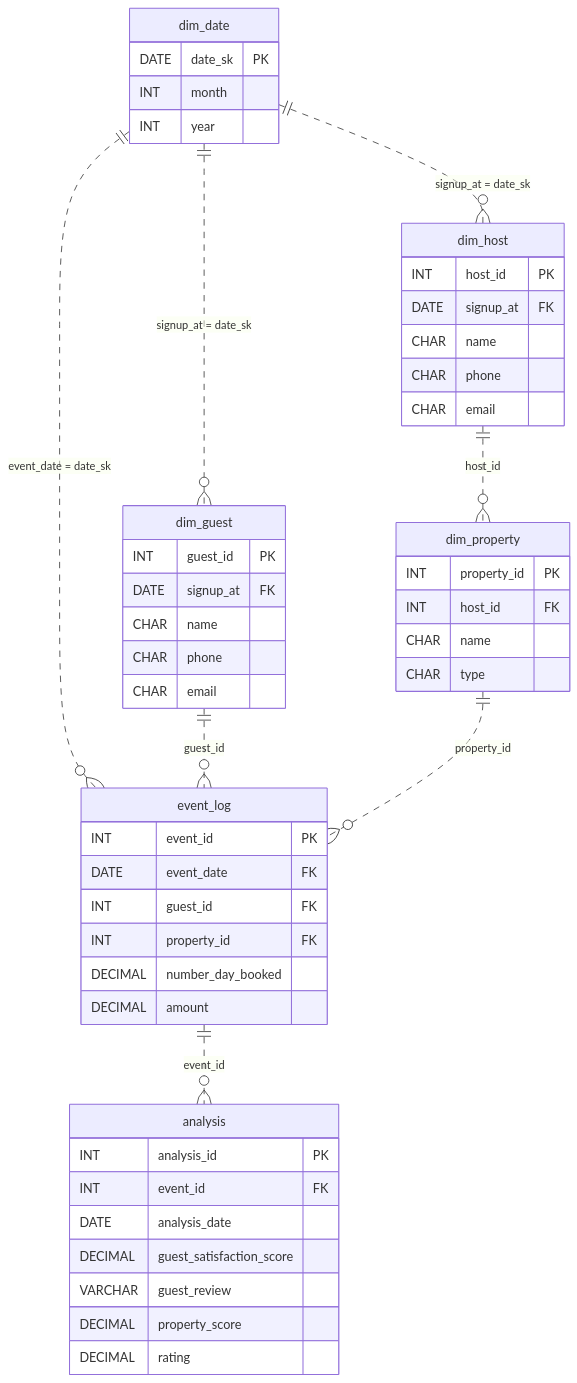
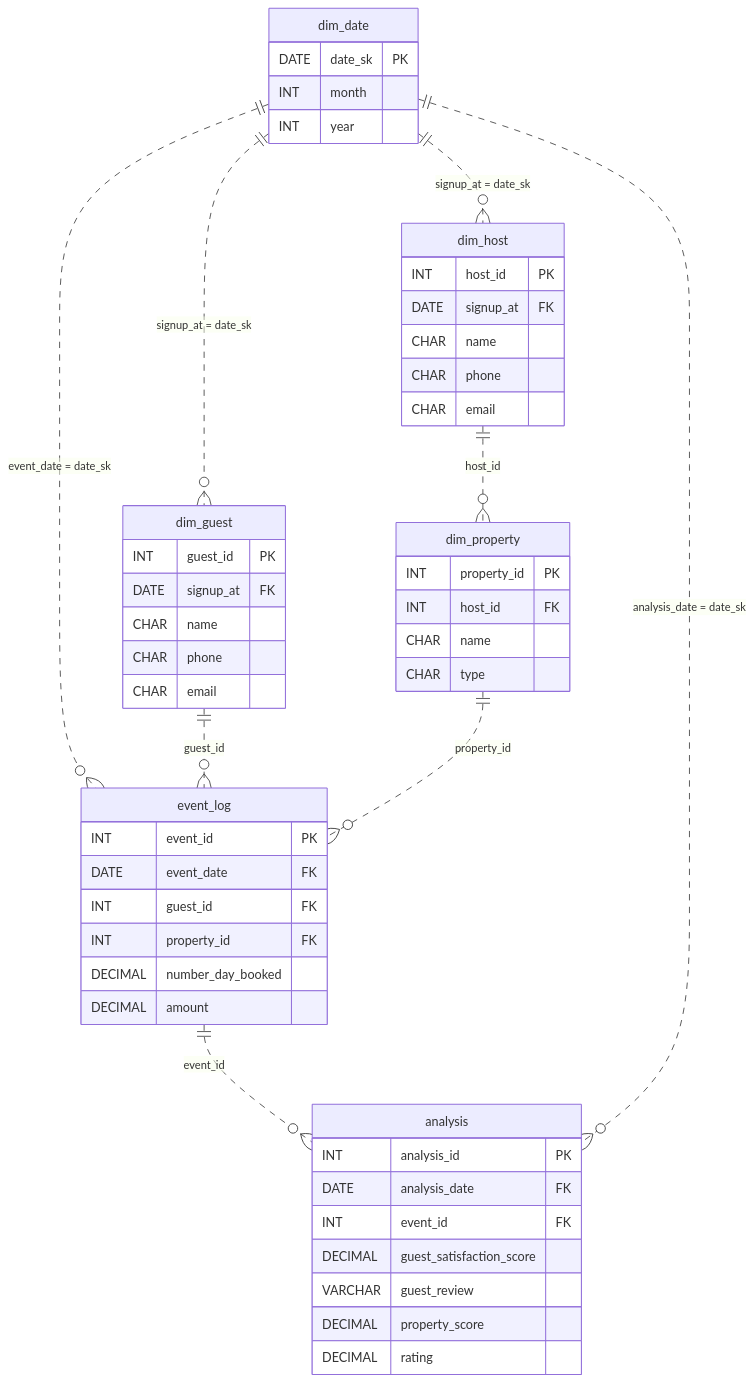
The diagram in practice/data_modeling/property-booking-platform/README.md (Khangtran94/datadriven-practice), drawn with Mermaid before and after one commit. The commit also changed 2 other files, not shown here.

Commit message:
Solve property-booking-platform

````diff
--- a/practice/data_modeling/property-booking-platform/README.md
+++ b/practice/data_modeling/property-booking-platform/README.md
@@ -18,52 +18,53 @@
 ```mermaid
 erDiagram
     dim_date {
         DATE date_sk PK
         INT month
         INT year
     }
     dim_property {
         INT property_id PK
         INT host_id FK
         CHAR name
         CHAR type
     }
     dim_host {
         INT host_id PK
         DATE signup_at FK
         CHAR name
         CHAR phone
         CHAR email
     }
     dim_guest {
         INT guest_id PK
         DATE signup_at FK
         CHAR name
         CHAR phone
         CHAR email
     }
     event_log {
         INT event_id PK
         DATE event_date FK
         INT guest_id FK
         INT property_id FK
         DECIMAL number_day_booked
         DECIMAL amount
     }
     analysis {
         INT analysis_id PK
+        DATE analysis_date FK
         INT event_id FK
-        DATE analysis_date
         DECIMAL guest_satisfaction_score
         VARCHAR guest_review
         DECIMAL property_score
         DECIMAL rating
     }
     dim_date only one optionally to zero or more dim_host : "signup_at = date_sk"
     dim_date only one optionally to zero or more dim_guest : "signup_at = date_sk"
     dim_host only one optionally to zero or more dim_property : "host_id"
     dim_date only one optionally to zero or more event_log : "event_date = date_sk"
     dim_guest only one optionally to zero or more event_log : "guest_id"
     dim_property only one optionally to zero or more event_log : "property_id"
     event_log only one optionally to zero or more analysis : "event_id"
+    dim_date only one optionally to zero or more analysis : "analysis_date = date_sk"
 ```
````
